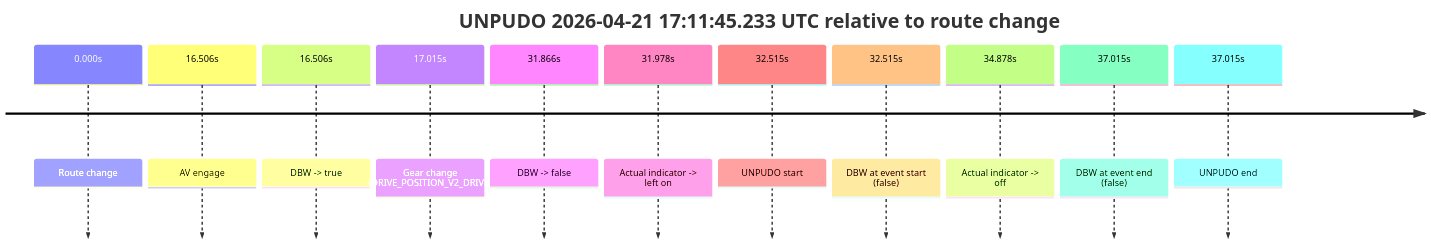
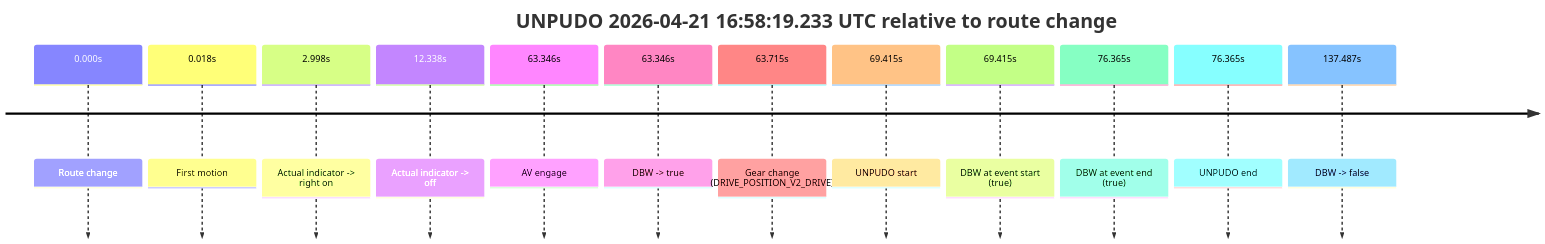
One commit to yoelshapiro/vault changed the eighth of 11 diagrams in model_analysis/report_cards/2026/04/Week-4/fme10003--2026-04-21--15-49-54--gen2-av-ad61770f-5e9c-472c-a44e-295c214bb63c.md. Above: the diagram before and after it, drawn with Mermaid. The commit also changed other lines of this file and 2 other files, not shown here.

````diff
--- a/model_analysis/report_cards/2026/04/Week-4/fme10003--2026-04-21--15-49-54--gen2-av-ad61770f-5e9c-472c-a44e-295c214bb63c.md
+++ b/model_analysis/report_cards/2026/04/Week-4/fme10003--2026-04-21--15-49-54--gen2-av-ad61770f-5e9c-472c-a44e-295c214bb63c.md
@@ -824,15 +708,16 @@
 ```mermaid
 timeline
-    title UNPUDO 2026-04-21 17:11:45.233 UTC relative to route change
+    title UNPUDO 2026-04-21 16:58:19.233 UTC relative to route change
     0.000s : Route change
-    16.506s : AV engage
-    16.506s : DBW -> true
-    17.015s : Gear change (DRIVE_POSITION_V2_DRIVE)
-    31.866s : DBW -> false
-    31.978s : Actual indicator -> left on
-    32.515s : UNPUDO start
-    32.515s : DBW at event start (false)
-    34.878s : Actual indicator -> off
-    37.015s : DBW at event end (false)
-    37.015s : UNPUDO end
+    0.018s : First motion
+    2.998s : Actual indicator -> right on
+    12.338s : Actual indicator -> off
+    63.346s : AV engage
+    63.346s : DBW -> true
+    63.715s : Gear change (DRIVE_POSITION_V2_DRIVE)
+    69.415s : UNPUDO start
+    69.415s : DBW at event start (true)
+    76.365s : DBW at event end (true)
+    76.365s : UNPUDO end
+    137.487s : DBW -> false
 ```
````
